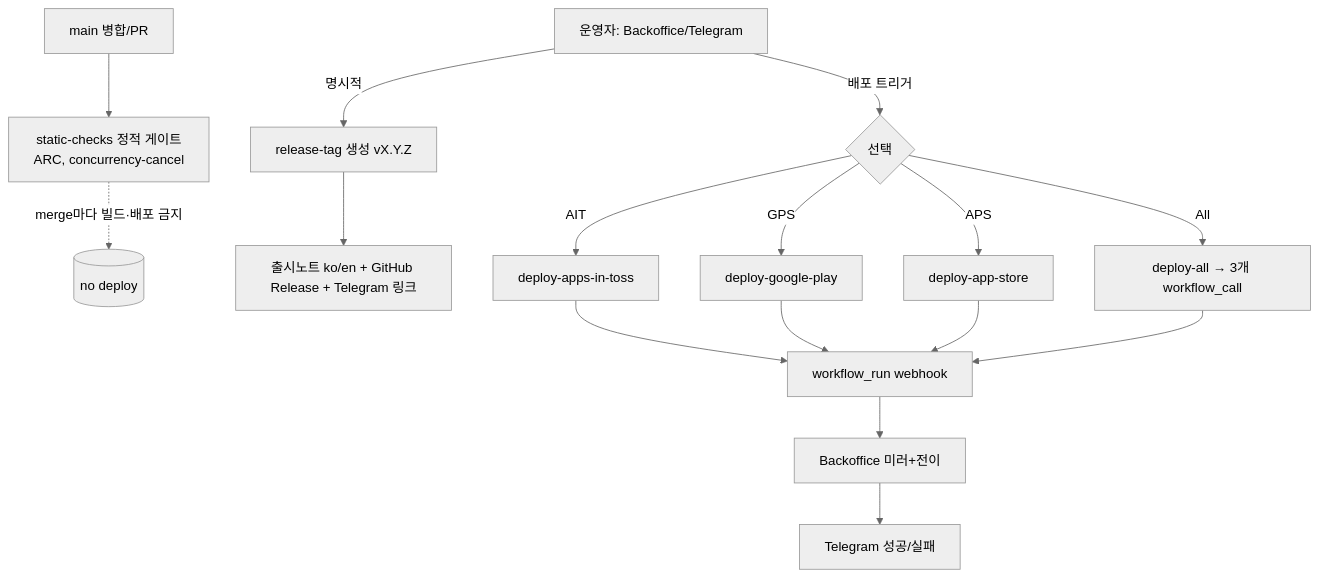
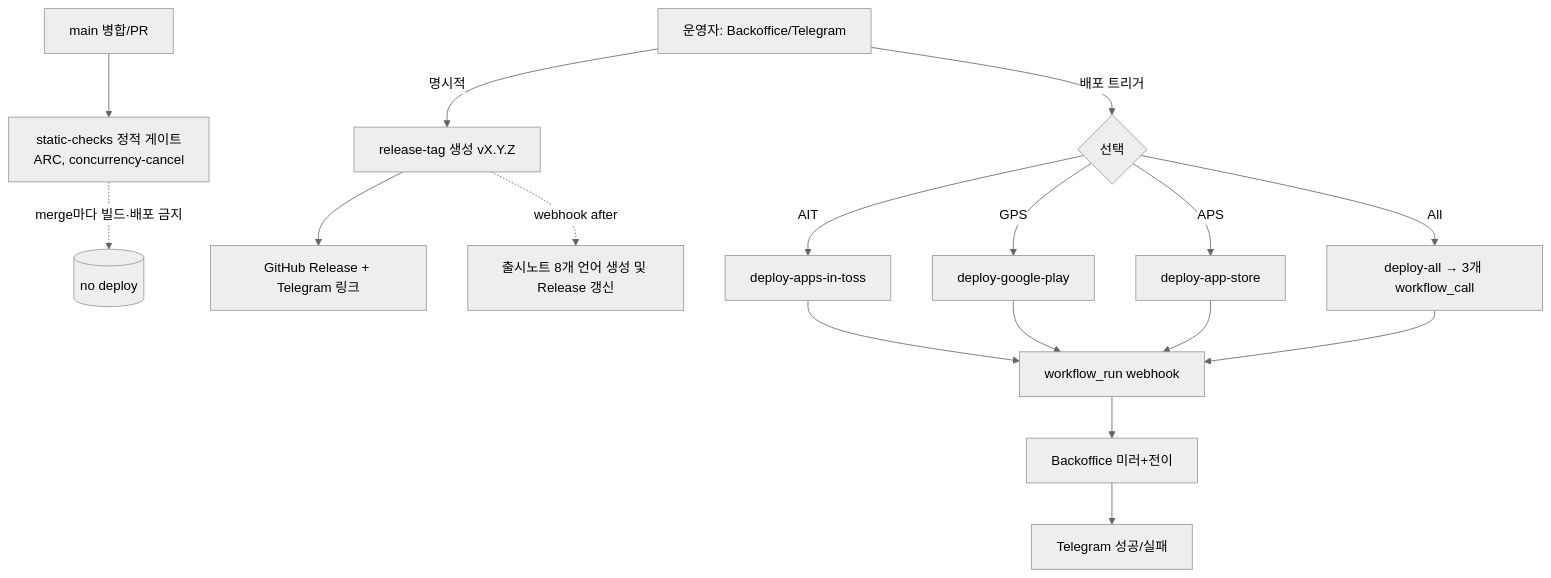
The third of 3 diagrams in docs/ci-cd/org-cicd-release-system.md (seorilabs/seorilabs-backoffice), drawn with Mermaid (neutral theme) before and after one commit. The commit also changed other lines of this file and 18 other files, not shown here.

Commit message:
feat(release): 출시노트 8개 언어 및 비동기 생성 (#37)

````diff
--- a/docs/ci-cd/org-cicd-release-system.md
+++ b/docs/ci-cd/org-cicd-release-system.md
@@ -251,15 +254,16 @@
 ```mermaid
 flowchart TD
   M[main 병합/PR] --> SC[static-checks 정적 게이트<br/>ARC, concurrency-cancel]
   SC -.->|merge마다 빌드·배포 금지| X[(no deploy)]
 
   R[운영자: Backoffice/Telegram] -->|명시적| T[release-tag 생성 vX.Y.Z]
-  T --> N[출시노트 ko/en + GitHub Release + Telegram 링크]
+  T --> N[GitHub Release + Telegram 링크]
+  T -. webhook after .-> I18N[출시노트 8개 언어 생성 및 Release 갱신]
   R -->|배포 트리거| D{선택}
   D -->|AIT| DA[deploy-apps-in-toss]
   D -->|GPS| DG[deploy-google-play]
   D -->|APS| DP[deploy-app-store]
   D -->|All| ALL[deploy-all → 3개 workflow_call]
   DA & DG & DP & ALL --> W[workflow_run webhook]
   W --> BO2[Backoffice 미러+전이] --> TGN[Telegram 성공/실패]
 ```
````
